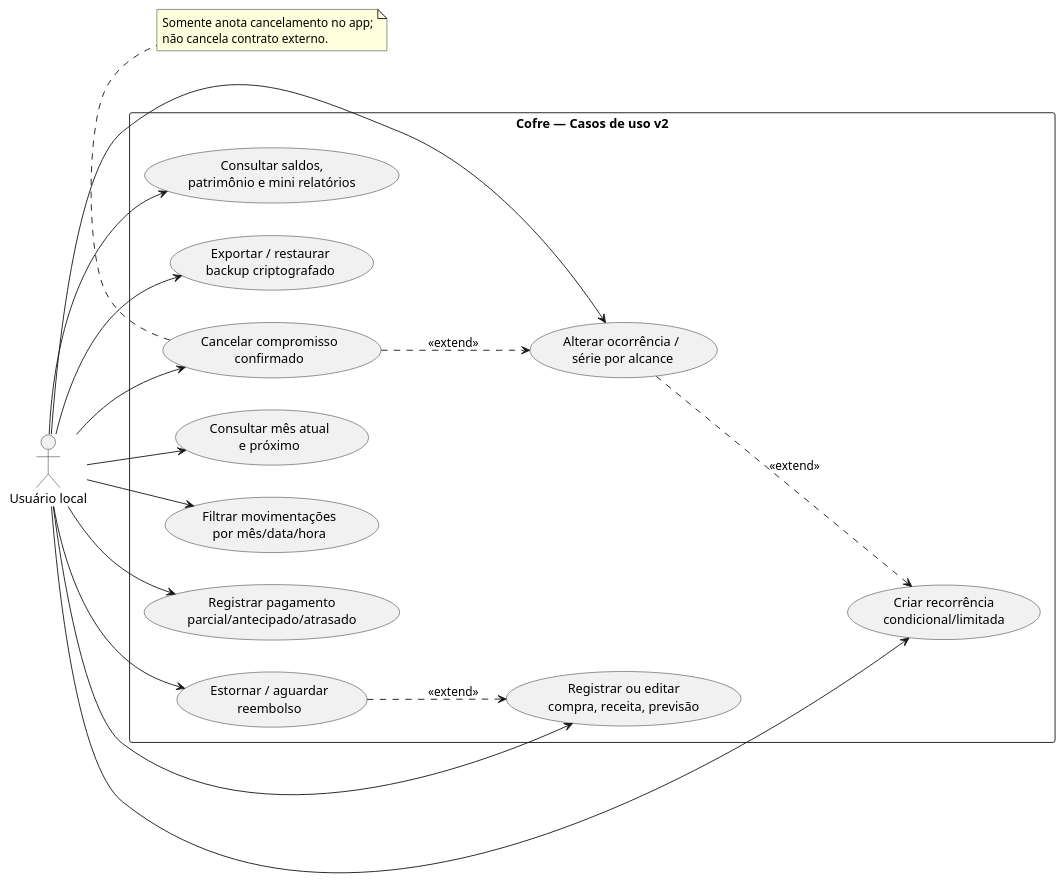
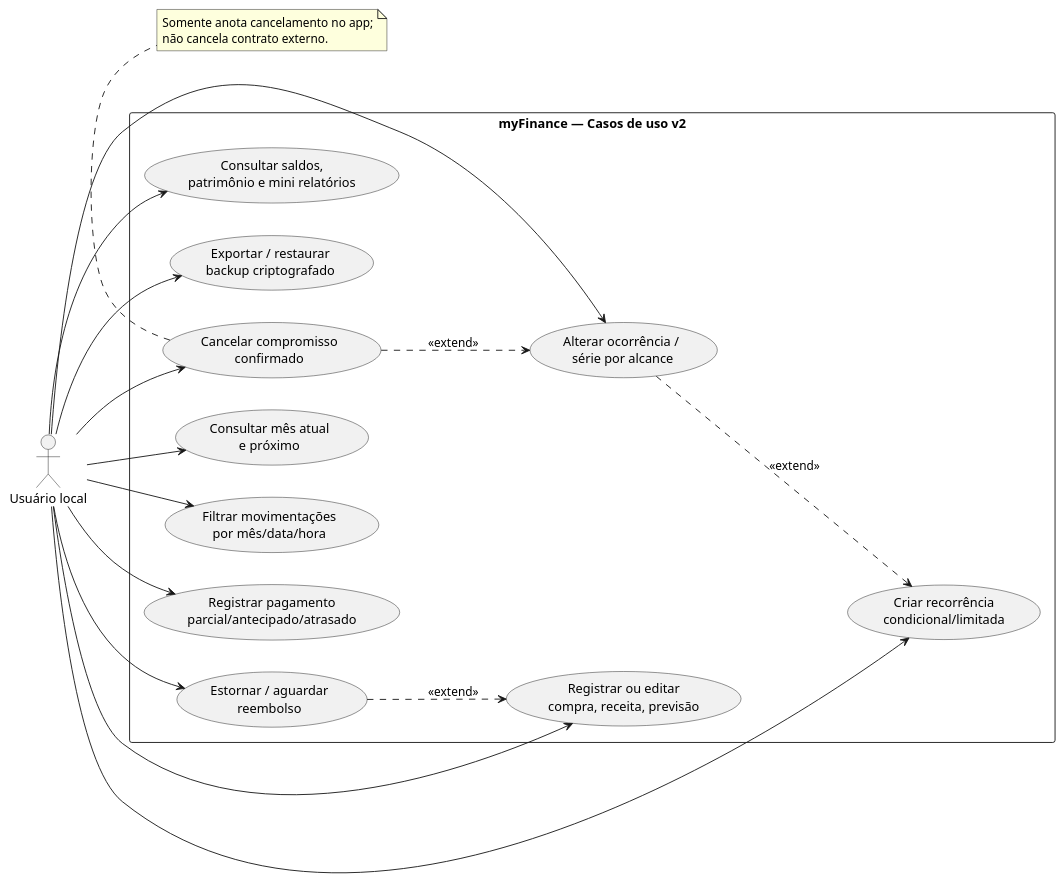
The ninth of 15 diagrams in Especificacao_Cofre_v2.md (murilo-ramalho/MyFinance), drawn with PlantUML before and after one commit. The commit also changed other lines of this file and 17 other files, not shown here.

````diff
--- a/Especificacao_Cofre_v2.md
+++ b/Especificacao_Cofre_v2.md
@@ -1855,37 +1855,37 @@
 ```plantuml
 @startuml
 left to right direction
 skinparam shadowing false
 actor "Usuário local" as U
-rectangle "Cofre — Casos de uso v2" {
+rectangle "myFinance — Casos de uso v2" {
   usecase "Consultar mês atual\ne próximo" as UC1
   usecase "Filtrar movimentações\npor mês/data/hora" as UC2
   usecase "Registrar ou editar\ncompra, receita, previsão" as UC3
   usecase "Registrar pagamento\nparcial/antecipado/atrasado" as UC4
   usecase "Estornar / aguardar\nreembolso" as UC5
   usecase "Criar recorrência\ncondicional/limitada" as UC6
   usecase "Alterar ocorrência /\n série por alcance" as UC7
   usecase "Cancelar compromisso\nconfirmado" as UC8
   usecase "Consultar saldos,\npatrimônio e mini relatórios" as UC9
   usecase "Exportar / restaurar\nbackup criptografado" as UC10
 }
 U --> UC1
 U --> UC2
 U --> UC3
 U --> UC4
 U --> UC5
 U --> UC6
 U --> UC7
 U --> UC8
 U --> UC9
 U --> UC10
 UC5 ..> UC3 : <<extend>>
 UC7 ..> UC6 : <<extend>>
 UC8 ..> UC7 : <<extend>>
 note bottom of UC8
 Somente anota cancelamento no app;
 não cancela contrato externo.
 end note
 @enduml
 
 ```
````
